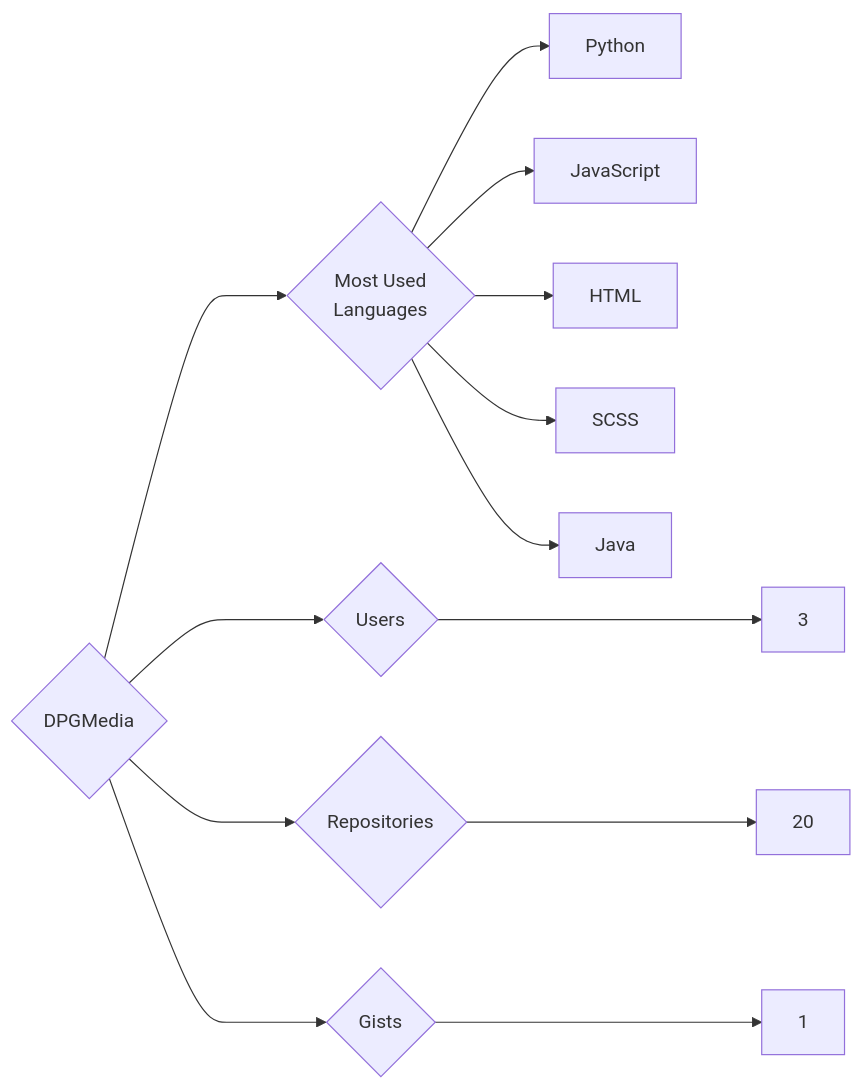
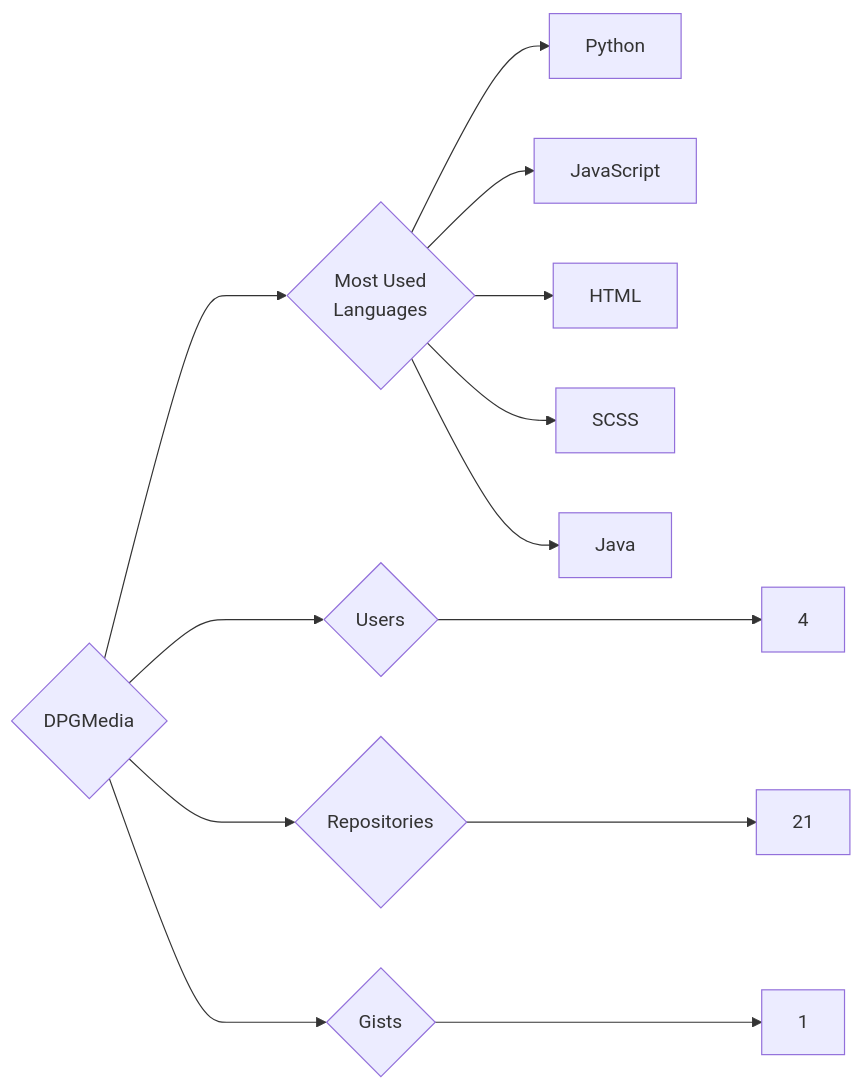
The diagram in targets/DPGMedia/README.md (trickest/insiders), drawn with Mermaid before and after one commit. The commit also changed 998 other files, not shown here.

````diff
--- a/targets/DPGMedia/README.md
+++ b/targets/DPGMedia/README.md
@@ -3,13 +3,13 @@
 ```mermaid
 graph LR
 COMPANY_NAME{DPGMedia}
-COMPANY_NAME ---> U{Users} ---> UN[3]
-COMPANY_NAME ---> R{Repositories} ---> RN[20]
+COMPANY_NAME ---> U{Users} ---> UN[4]
+COMPANY_NAME ---> R{Repositories} ---> RN[21]
 COMPANY_NAME ---> G{Gists} ---> GN[1]
 COMPANY_NAME ---> ML{Most Used<br>Languages}
 ML --> Python[Python]
 ML --> JavaScript[JavaScript]
 ML --> HTML[HTML]
 ML --> SCSS[SCSS]
 ML --> Java[Java]
 ```
````
